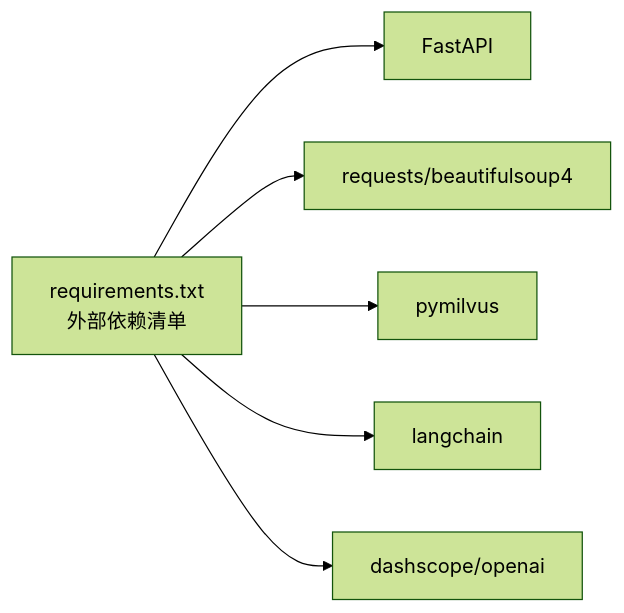
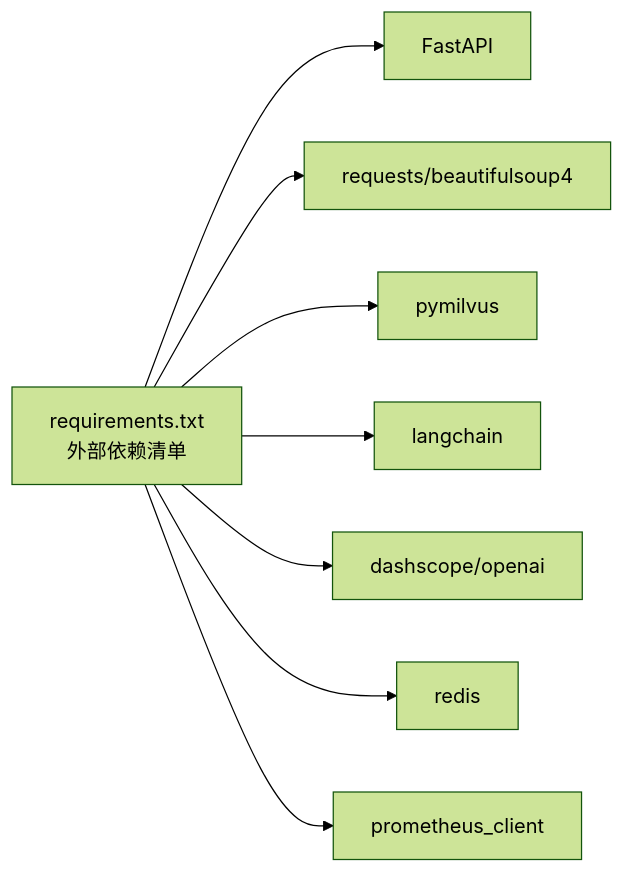
One commit to ghbbn053-ship-itsoulddog/soulddog changed diagram 13 of 13 in .qoder/repowiki/zh/content/开发指南/扩展点与插件/扩展点与插件.md. Above: the diagram before and after it, drawn with Mermaid (forest theme). The commit also changed other lines of this file and 119 other files, not shown here.

````diff
--- a/.qoder/repowiki/zh/content/开发指南/扩展点与插件/扩展点与插件.md
+++ b/.qoder/repowiki/zh/content/开发指南/扩展点与插件/扩展点与插件.md
@@ -388,14 +726,18 @@
 ```mermaid
 graph LR
 Req["requirements.txt<br/>外部依赖清单"]
 FA["FastAPI"]
 RE["requests/beautifulsoup4"]
 PM["pymilvus"]
 LC["langchain"]
 DS["dashscope/openai"]
+RD["redis"]
+PC["prometheus_client"]
 Req --> FA
 Req --> RE
 Req --> PM
 Req --> LC
 Req --> DS
+Req --> RD
+Req --> PC
 ```
````
